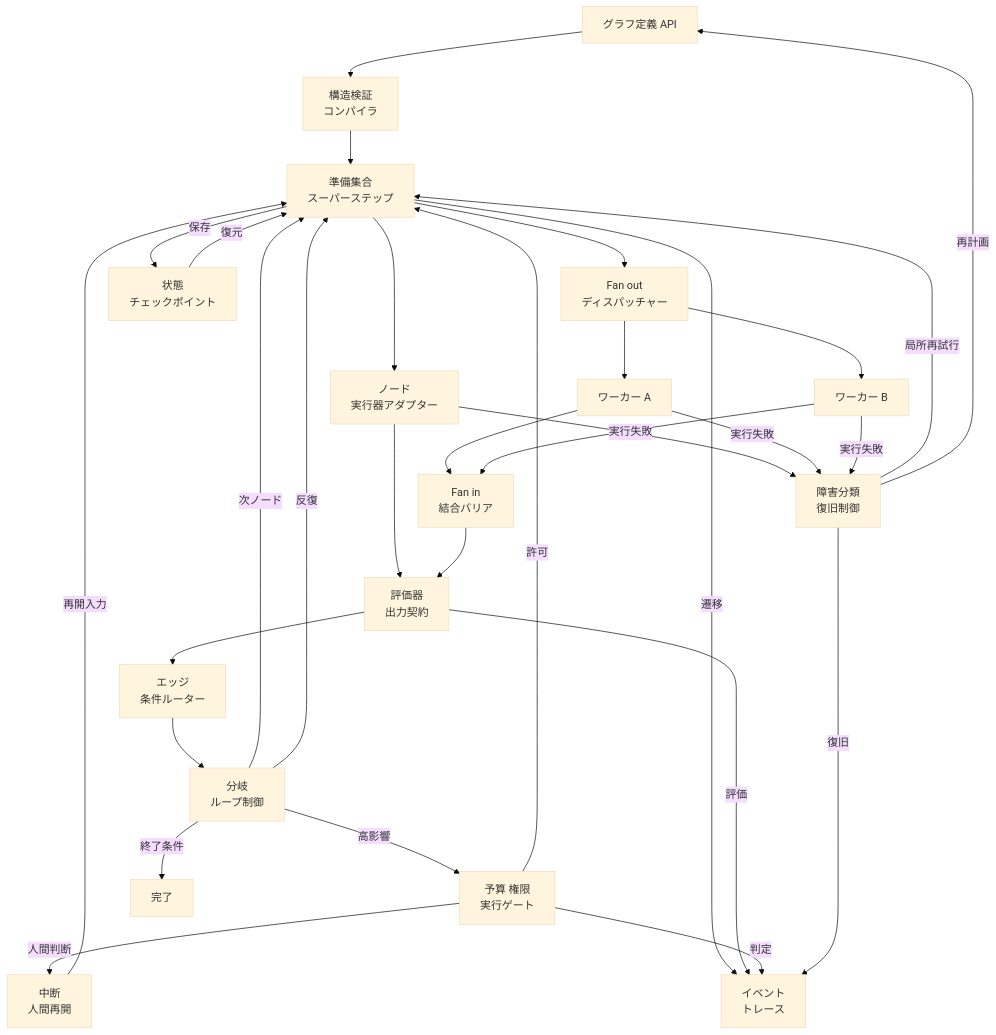
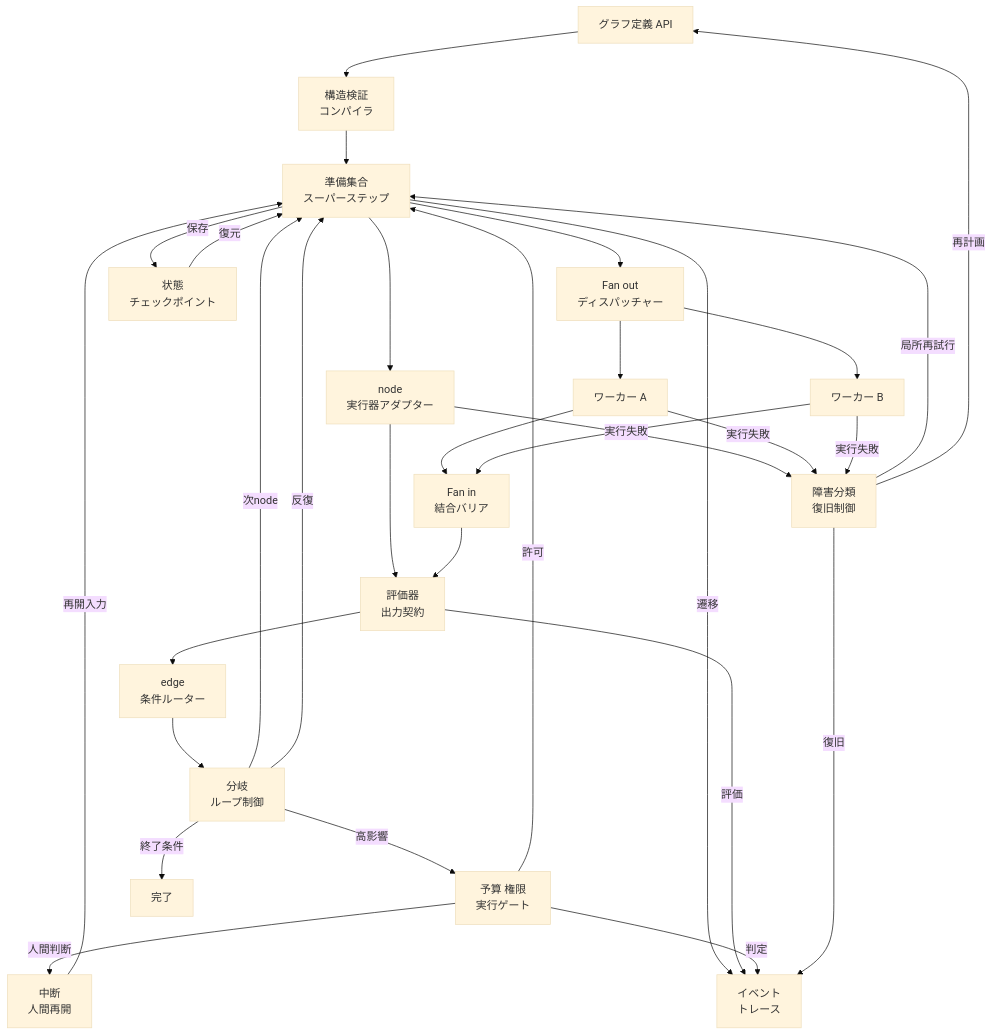
One commit to suwa-sh/zenn-contents changed the third of 7 diagrams in articles/graph-engineering_20260727.md. Above: the diagram before and after it, drawn with Mermaid (base theme). The commit also changed other lines of this file and 3 other files, not shown here.

````diff
--- a/articles/graph-engineering_20260727.md
+++ b/articles/graph-engineering_20260727.md
@@ -295,50 +289,50 @@
 ```mermaid
 graph TD
     GD[グラフ定義 API]
     VC["構造検証<br/>コンパイラ"]
     RS["準備集合<br/>スーパーステップ"]
-    ND["ノード<br/>実行器アダプター"]
-    RT["エッジ<br/>条件ルーター"]
+    ND["node<br/>実行器アダプター"]
+    RT["edge<br/>条件ルーター"]
     FO["Fan out<br/>ディスパッチャー"]
     W1[ワーカー A]
     W2[ワーカー B]
     FI["Fan in<br/>結合バリア"]
     EV["評価器<br/>出力契約"]
     LC["分岐<br/>ループ制御"]
     CP["状態<br/>チェックポイント"]
     HR["中断<br/>人間再開"]
     BA["予算 権限<br/>実行ゲート"]
     FR["障害分類<br/>復旧制御"]
     OT["イベント<br/>トレース"]
     END[完了]
     GD --> VC
     VC --> RS
     RS --> ND
     RS --> FO
     FO --> W1
     FO --> W2
     W1 --> FI
     W2 --> FI
     ND --> EV
     FI --> EV
     EV --> RT
     RT --> LC
-    LC -->|次ノード| RS
+    LC -->|次node| RS
     LC -->|反復| RS
     LC -->|高影響| BA
     BA -->|許可| RS
     BA -->|人間判断| HR
     HR -->|再開入力| RS
     LC -->|終了条件| END
     RS -->|保存| CP
     CP -->|復元| RS
     ND -->|実行失敗| FR
     W1 -->|実行失敗| FR
     W2 -->|実行失敗| FR
     FR -->|局所再試行| RS
     FR -->|再計画| GD
     RS -->|遷移| OT
     EV -->|評価| OT
     BA -->|判定| OT
     FR -->|復旧| OT
 ```
````
